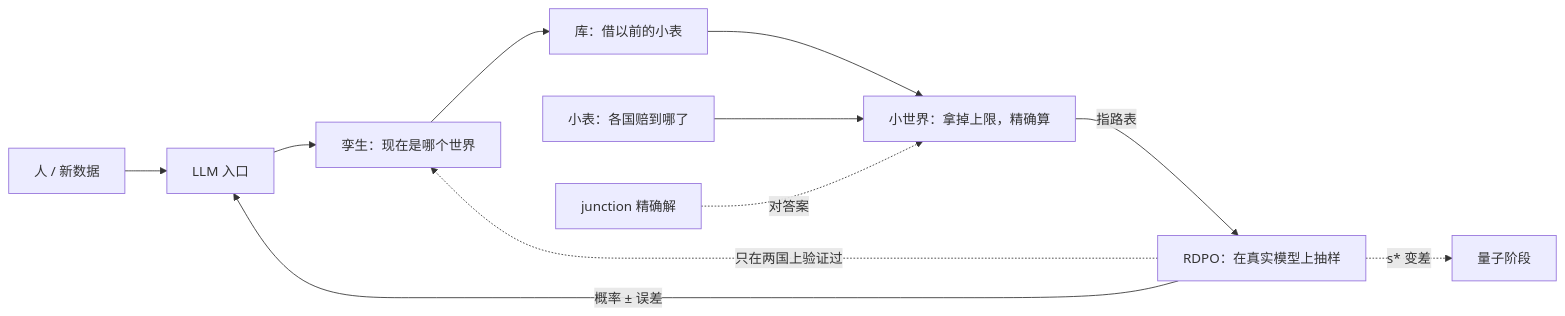
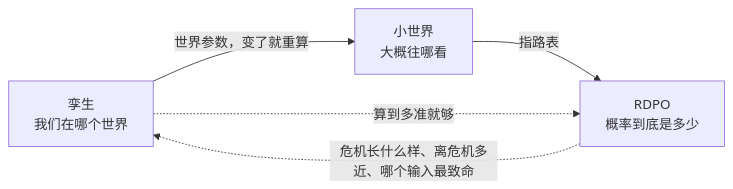
Before and after one commit to CL0908/adb-quantum-challenge: the diagram in addons/README.md, drawn with Mermaid. The commit also changed other lines of this file, not shown here.

Commit message:
Add-ons README: overview as the relationship between the small world, RDPO and the twin

````diff
--- a/addons/README.md
+++ b/addons/README.md
@@ -253,13 +263,10 @@
 ```mermaid
 flowchart LR
-    U["人 / 新数据"] --> G["LLM 入口"]
-    G --> T["孪生：现在是哪个世界"]
-    T --> B["库：借以前的小表"]
-    B --> S["小世界：拿掉上限，精确算"]
-    M["小表：各国赔到哪了"] --> S
-    S -->|"指路表"| R["RDPO：在真实模型上抽样"]
-    R -->|"概率 ± 误差"| G
-    R -.->|"只在两国上验证过"| T
-    X["junction 精确解"] -.->|"对答案"| S
-    R -.->|"s* 变差"| Q["量子阶段"]
+    T["孪生<br/>我们在哪个世界"]
+    S["小世界<br/>大概往哪看"]
+    R["RDPO<br/>概率到底是多少"]
+    T -->|"世界参数，变了就重算"| S
+    S -->|"指路表"| R
+    R -.->|"危机长什么样、离危机多近、哪个输入最致命"| T
+    T -.->|"算到多准就够"| R
 ```
````
